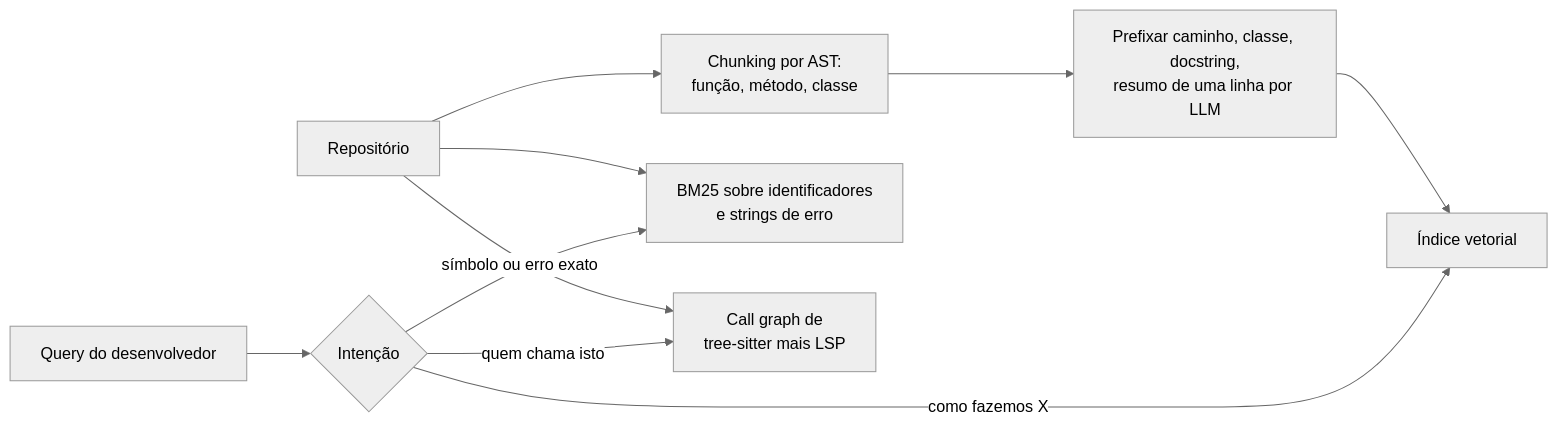
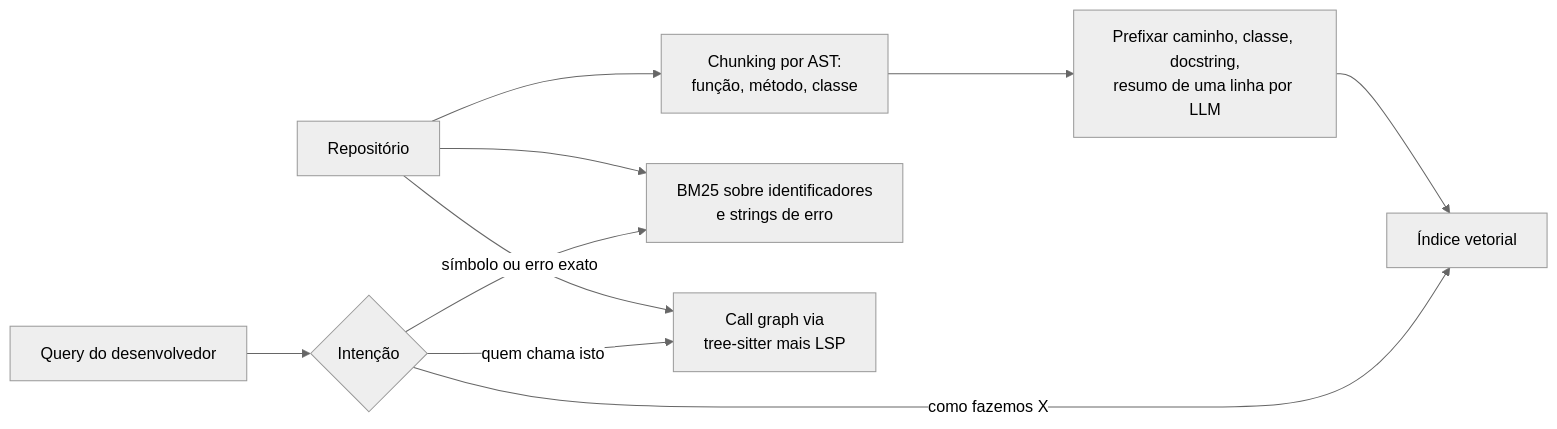
One commit to andrevberaldo/AI-Engineer-Interview-Questions changed diagram 17 of 30 in 04-rag-and-retrieval/questions.pt-BR.md. Above: the diagram before and after it, drawn with Mermaid (neutral theme). The commit also changed other lines of this file and 1 other file, not shown here.

````diff
--- a/04-rag-and-retrieval/questions.pt-BR.md
+++ b/04-rag-and-retrieval/questions.pt-BR.md
@@ -909,12 +909,12 @@
 ```mermaid
 flowchart LR
     R["Repositório"] --> A["Chunking por AST:<br/>função, método, classe"]
     A --> E["Prefixar caminho, classe, docstring,<br/>resumo de uma linha por LLM"]
     E --> V["Índice vetorial"]
     R --> B["BM25 sobre identificadores<br/>e strings de erro"]
-    R --> G["Call graph de<br/>tree-sitter mais LSP"]
+    R --> G["Call graph via<br/>tree-sitter mais LSP"]
     Q["Query do desenvolvedor"] --> D{"Intenção"}
     D -->|"como fazemos X"| V
     D -->|"símbolo ou erro exato"| B
     D -->|"quem chama isto"| G
 ```
````
